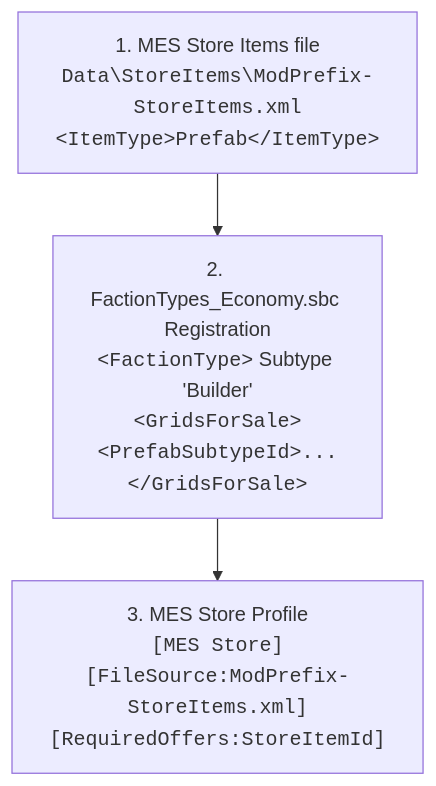
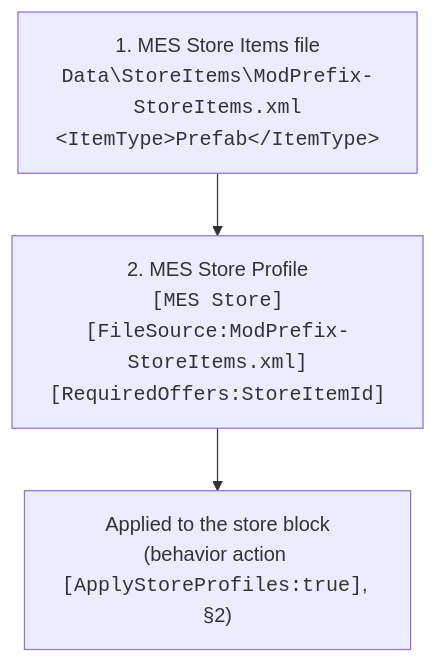
The first of 2 diagrams in references/economy_and_stores.md (GV-Server-Mods/se-dev-mes), drawn with Mermaid before and after one commit. The commit also changed other lines of this file and 14 other files, not shown here.

````diff
--- a/references/economy_and_stores.md
+++ b/references/economy_and_stores.md
@@ -11,5 +11,5 @@
 ```mermaid
 flowchart TD
-    A["1. MES Store Items file<br/><code>Data\StoreItems\ModPrefix-StoreItems.xml</code><br/><code>&lt;ItemType&gt;Prefab&lt;/ItemType&gt;</code>"] --> B["2. FactionTypes_Economy.sbc Registration<br/><code>&lt;FactionType&gt;</code> Subtype 'Builder'<br/><code>&lt;GridsForSale&gt;&lt;PrefabSubtypeId&gt;...&lt;/GridsForSale&gt;</code>"]
-    B --> C["3. MES Store Profile<br/><code>[MES Store]</code><br/><code>[FileSource:ModPrefix-StoreItems.xml]</code><br/><code>[RequiredOffers:StoreItemId]</code>"]
+    A["1. MES Store Items file<br/><code>Data\StoreItems\ModPrefix-StoreItems.xml</code><br/><code>&lt;ItemType&gt;Prefab&lt;/ItemType&gt;</code>"] --> C["2. MES Store Profile<br/><code>[MES Store]</code><br/><code>[FileSource:ModPrefix-StoreItems.xml]</code><br/><code>[RequiredOffers:StoreItemId]</code>"]
+    C --> D["Applied to the store block<br/>(behavior action <code>[ApplyStoreProfiles:true]</code>, §2)"]
 ```
````
